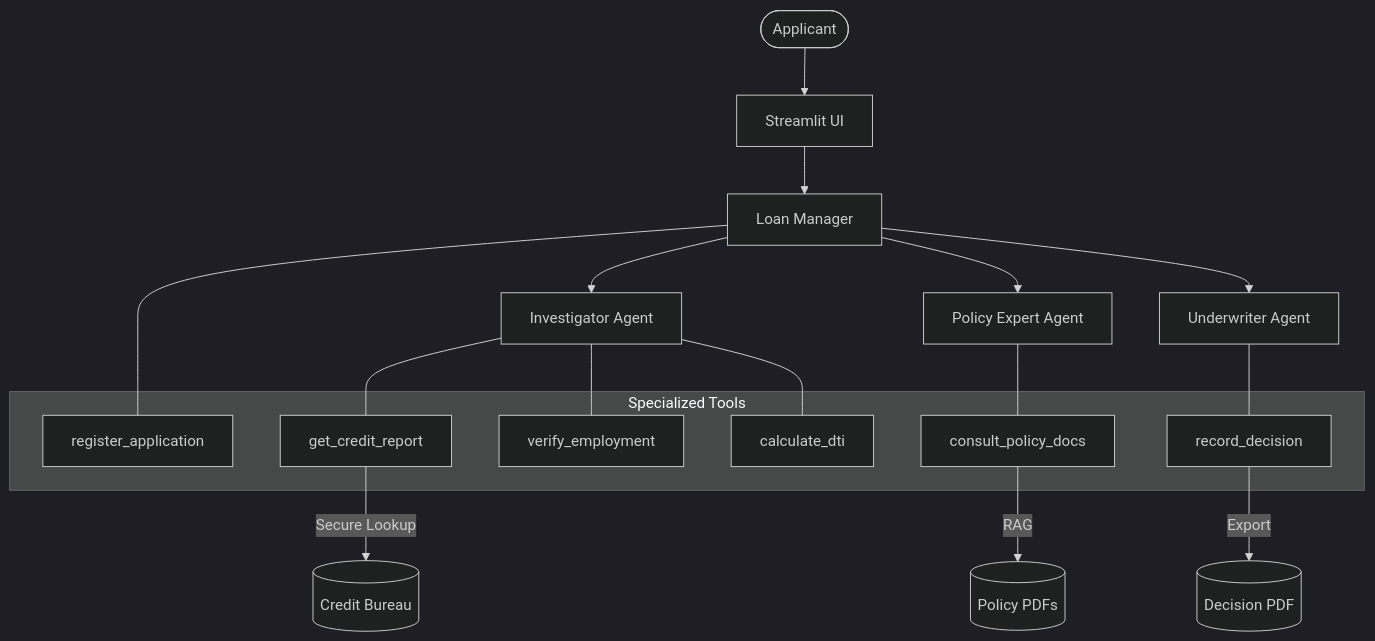
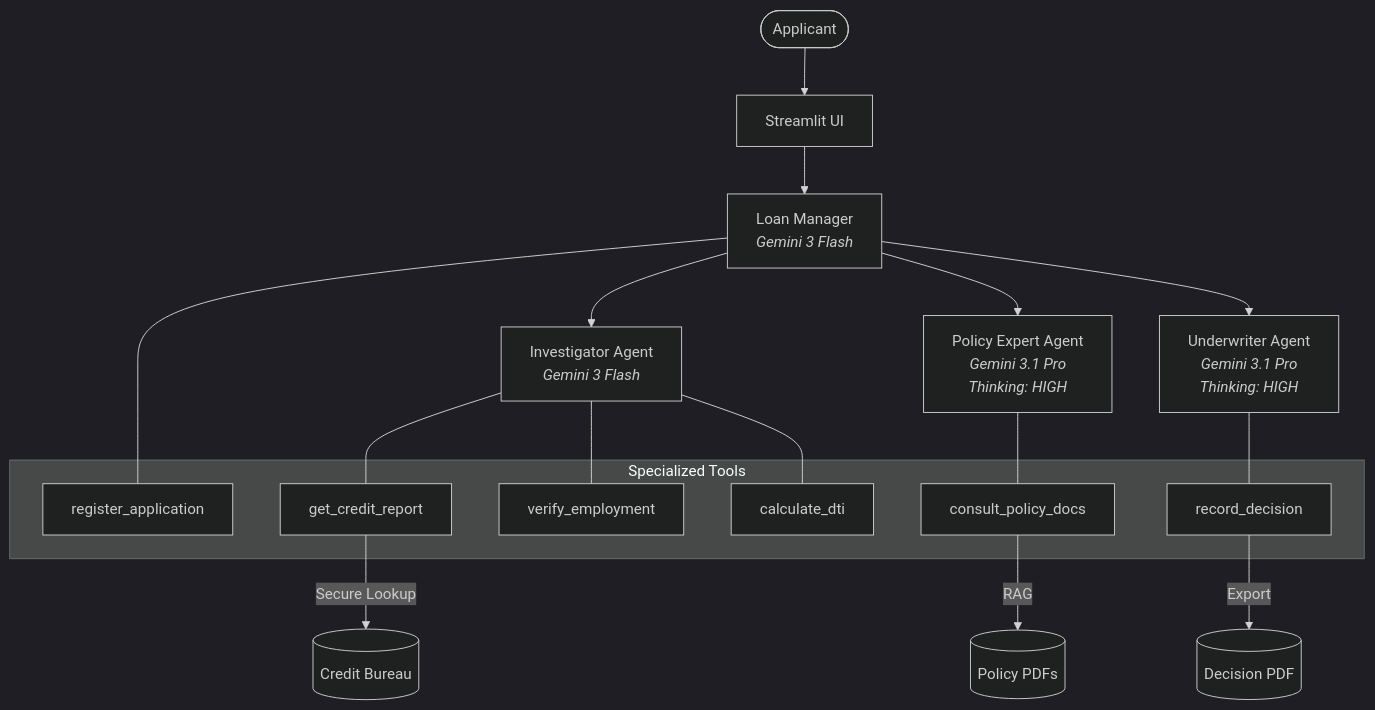
The diagram in loan-approval-agent/README.md (brendanhills/uk-bh-cch-demos), drawn with Mermaid (dark theme) before and after one commit. The commit also changed other lines of this file and 70 other files, not shown here.

Commit message:
refactor(loan_agent): Consolidate agent logic and enhance Gemini 3.1 grounding

````diff
--- a/loan-approval-agent/README.md
+++ b/loan-approval-agent/README.md
@@ -16,27 +16,27 @@
 ```mermaid
 graph TD
     User([Applicant]) --> UI[Streamlit UI]
-    UI --> Manager[Loan Manager]
+    UI --> Manager[Loan Manager<br/><i>Gemini 3 Flash</i>]
     
-    Manager --> Invest[Investigator Agent]
-    Manager --> Policy[Policy Expert Agent]
-    Manager --> Underwriter[Underwriter Agent]
+    Manager --> Invest[Investigator Agent<br/><i>Gemini 3 Flash</i>]
+    Manager --> Policy[Policy Expert Agent<br/><i>Gemini 3.1 Pro<br/>Thinking: HIGH</i>]
+    Manager --> Underwriter[Underwriter Agent<br/><i>Gemini 3.1 Pro<br/>Thinking: HIGH</i>]
 
     subgraph Tools [Specialized Tools]
         T1[register_application]
         T2[get_credit_report]
         T3[verify_employment]
         T4[calculate_dti]
         T5[consult_policy_docs]
         T6[record_decision]
     end
 
     Manager --- T1
     Invest --- T2 & T3 & T4
     Policy --- T5
     Underwriter --- T6
     
     T2 -- "Secure Lookup" --> Bureau[(Credit Bureau)]
     T5 -- "RAG" --> PolicyDocs[(Policy PDFs)]
     T6 -- "Export" --> PDF[(Decision PDF)]
 ```
````
